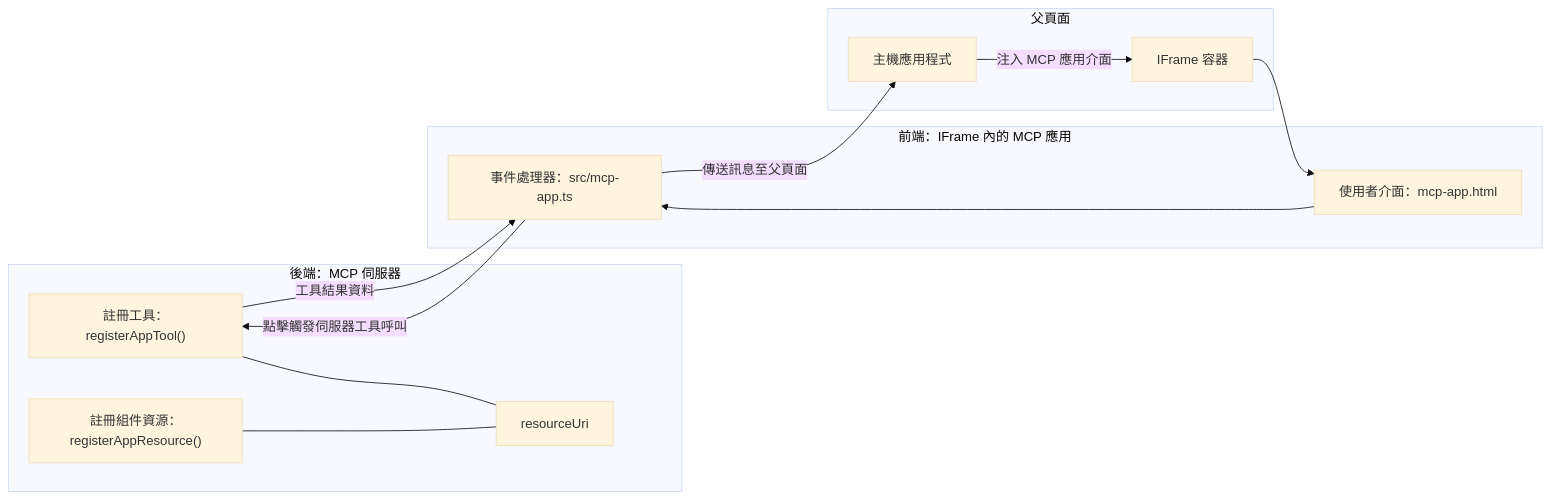
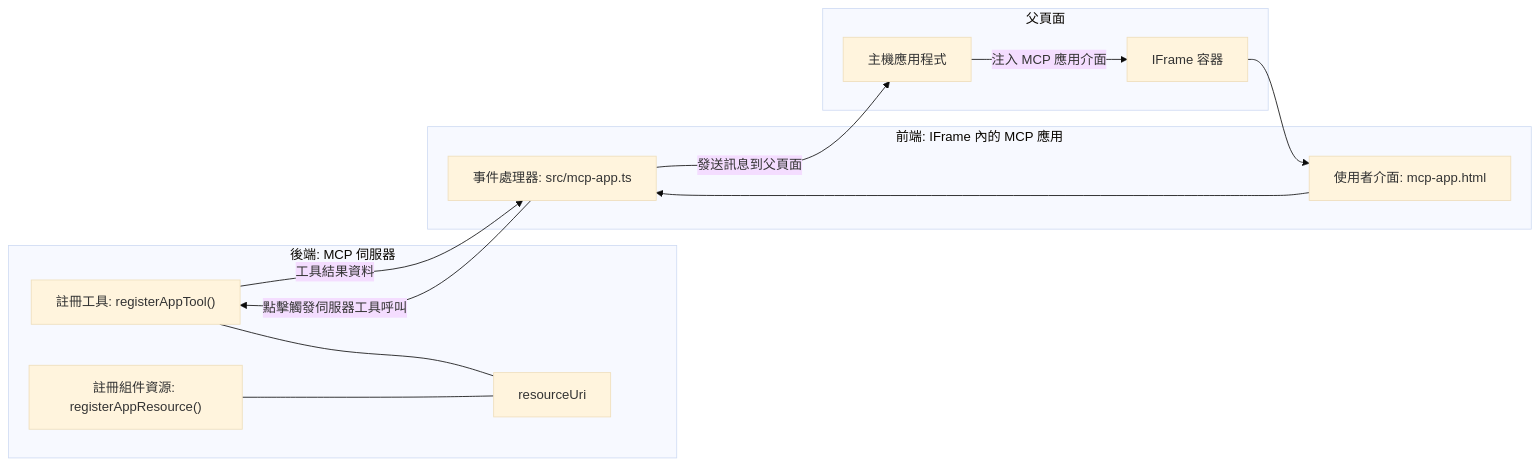
One commit to HIDORAKAI002/ai-workspace-archive changed the diagram in mcp_ecosystem__model_context_protocol/mcp_learning_resources/mcp-for-beginners/translations/zh-MO/03-GettingStarted/15-mcp-apps/README.md. Above: the diagram before and after it, drawn with Mermaid (base theme). The commit also changed other lines of this file and 1160 other files, not shown here.

````diff
--- a/mcp_ecosystem__model_context_protocol/mcp_learning_resources/mcp-for-beginners/translations/zh-MO/03-GettingStarted/15-mcp-apps/README.md
+++ b/mcp_ecosystem__model_context_protocol/mcp_learning_resources/mcp-for-beginners/translations/zh-MO/03-GettingStarted/15-mcp-apps/README.md
@@ -32,27 +32,27 @@
 ```mermaid
 flowchart LR
-  subgraph Backend[後端：MCP 伺服器]
-    T["註冊工具：registerAppTool()"]
-    C["註冊組件資源：registerAppResource()"]
+  subgraph Backend[後端: MCP 伺服器]
+    T["註冊工具: registerAppTool()"]
+    C["註冊組件資源: registerAppResource()"]
     U[resourceUri]
     T --- U
     C --- U
   end
 
   subgraph Parent[父頁面]
     H[主機應用程式]
     IFRAME[IFrame 容器]
     H -->|注入 MCP 應用介面| IFRAME
   end
 
-  subgraph Frontend[前端：IFrame 內的 MCP 應用]
-    UI["使用者介面：mcp-app.html"]
-    EH["事件處理器：src/mcp-app.ts"]
+  subgraph Frontend[前端: IFrame 內的 MCP 應用]
+    UI["使用者介面: mcp-app.html"]
+    EH["事件處理器: src/mcp-app.ts"]
     UI --> EH
   end
 
   IFRAME --> UI
   EH -->|點擊觸發伺服器工具呼叫| T
   T -->|工具結果資料| EH
-  EH -->|傳送訊息至父頁面| H
+  EH -->|發送訊息到父頁面| H
 ```
````
